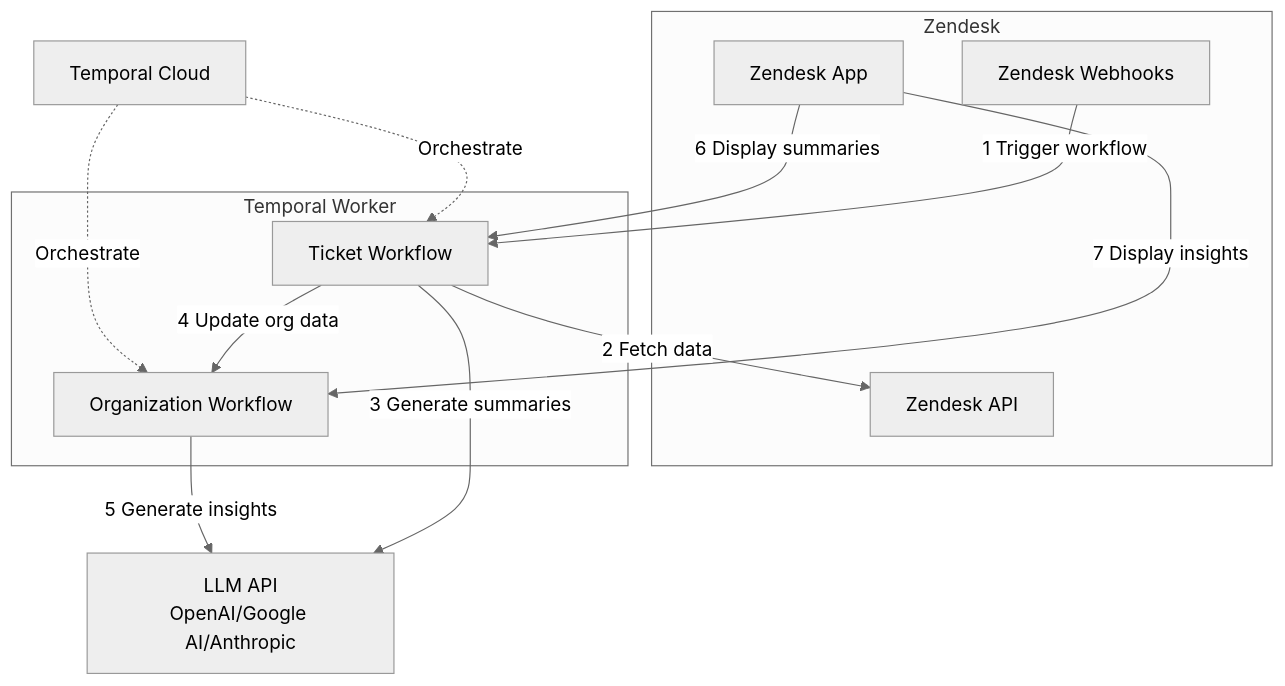
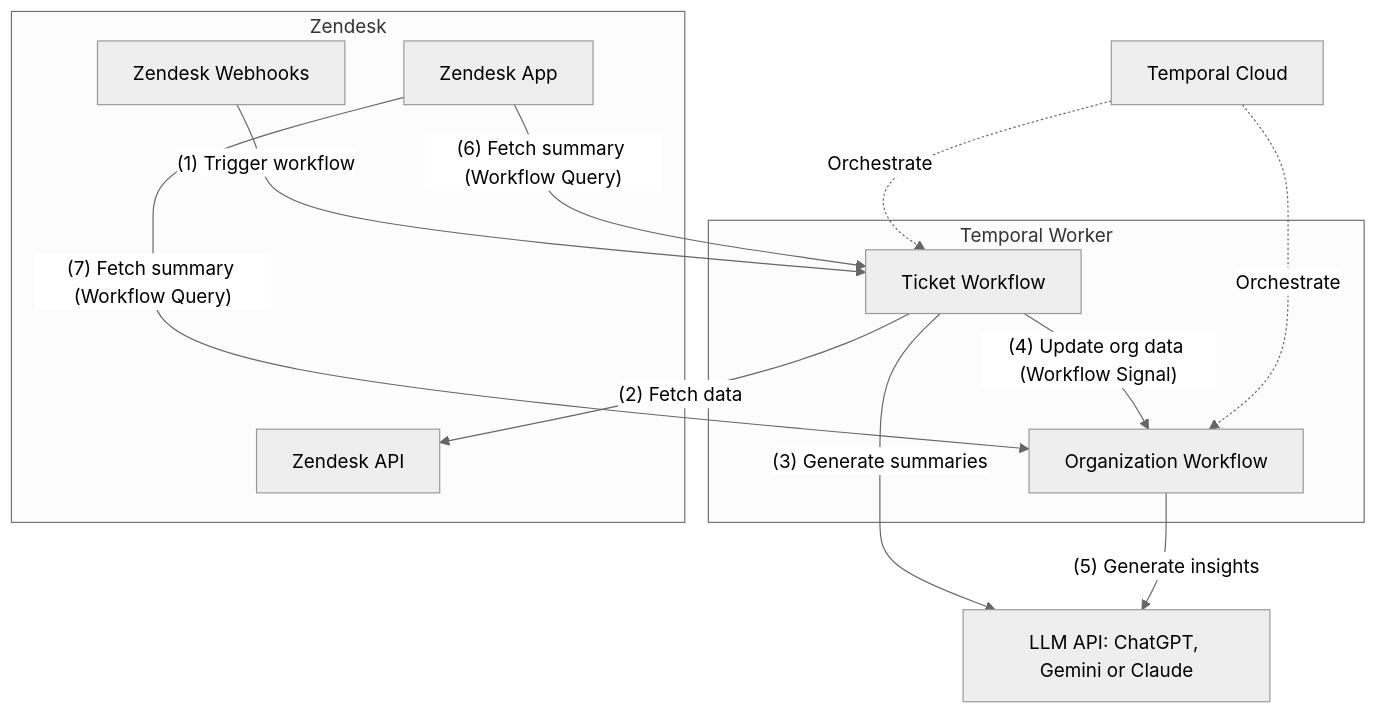
The diagram in README.md (taonic/ticketfu), drawn with Mermaid (neutral theme) before and after one commit. The commit also changed other lines of this file, not shown here.

````diff
--- a/README.md
+++ b/README.md
@@ -189,29 +227,29 @@
 ```mermaid
 graph TB
+    subgraph "Temporal Worker"
+        TicketWorkflow[Ticket Workflow]
+        OrgWorkflow[Organization Workflow]
+    end
+
     subgraph "Zendesk"
         ZendeskWebhooks[Zendesk Webhooks]
         ZendeskApp[Zendesk App]
         ZendeskAPI[Zendesk API]
     end
-
-    subgraph "Temporal Worker"
-        TicketWorkflow[Ticket Workflow]
-        OrgWorkflow[Organization Workflow]
-    end
     
-    LLM[LLM API\nOpenAI/Google AI/Anthropic]
+    LLM["LLM API: ChatGPT, Gemini or Claude"]
     TemporalCloud[Temporal Cloud]
     
     %% Flow with numbered sequence
-    ZendeskWebhooks -->|1 Trigger workflow| TicketWorkflow
-    TicketWorkflow -->|2 Fetch data| ZendeskAPI
-    TicketWorkflow -->|3 Generate summaries| LLM
-    TicketWorkflow -->|4 Update org data| OrgWorkflow
-    OrgWorkflow -->|5 Generate insights| LLM
-    ZendeskApp -->|6 Display summaries| TicketWorkflow
-    ZendeskApp -->|7 Display insights| OrgWorkflow
+    ZendeskWebhooks -->|"(1) Trigger workflow"| TicketWorkflow
+    TicketWorkflow -->|"(2) Fetch data"| ZendeskAPI
+    TicketWorkflow -->|"(3) Generate summaries"| LLM
+    TicketWorkflow -->|"(4) Update org data (Workflow Signal)"| OrgWorkflow
+    OrgWorkflow -->|"(5) Generate insights"| LLM
+    ZendeskApp -->|"(6) Fetch summary (Workflow Query)"| TicketWorkflow
+    ZendeskApp -->|"(7) Fetch summary (Workflow Query)"| OrgWorkflow
     
     %% Temporal orchestration
     TemporalCloud -.->|Orchestrate| TicketWorkflow
     TemporalCloud -.->|Orchestrate| OrgWorkflow
 ```
````
